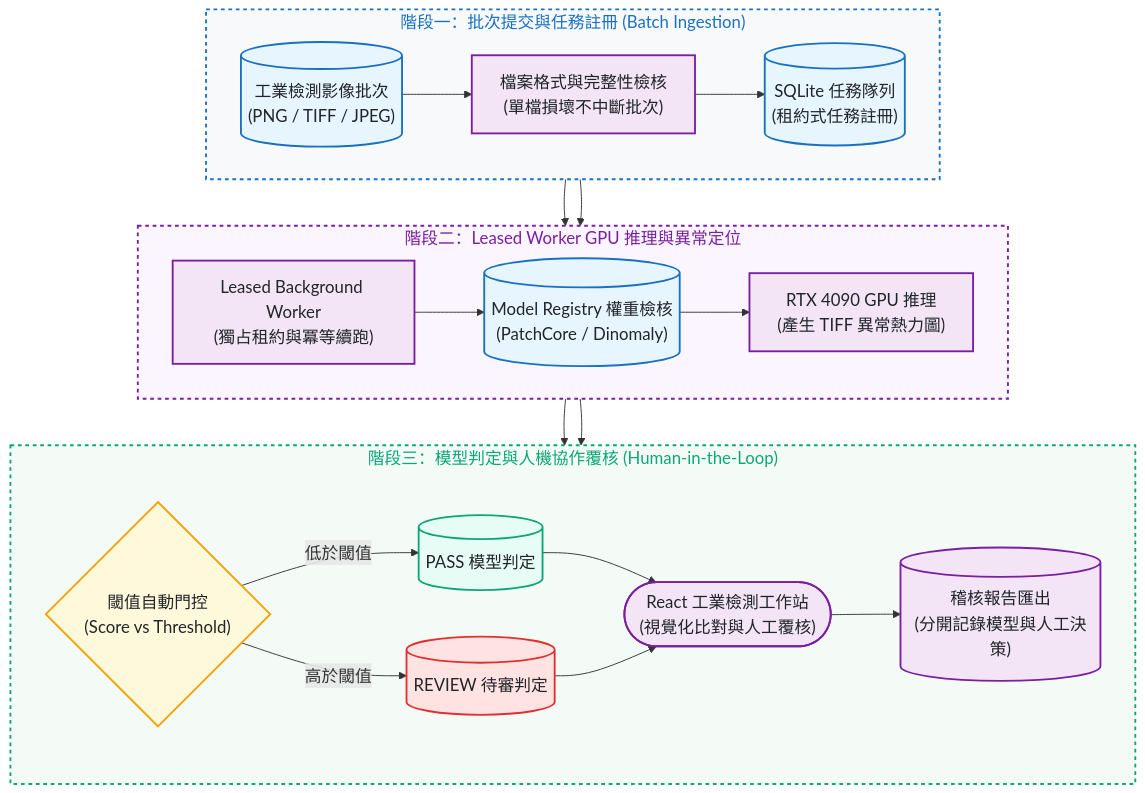
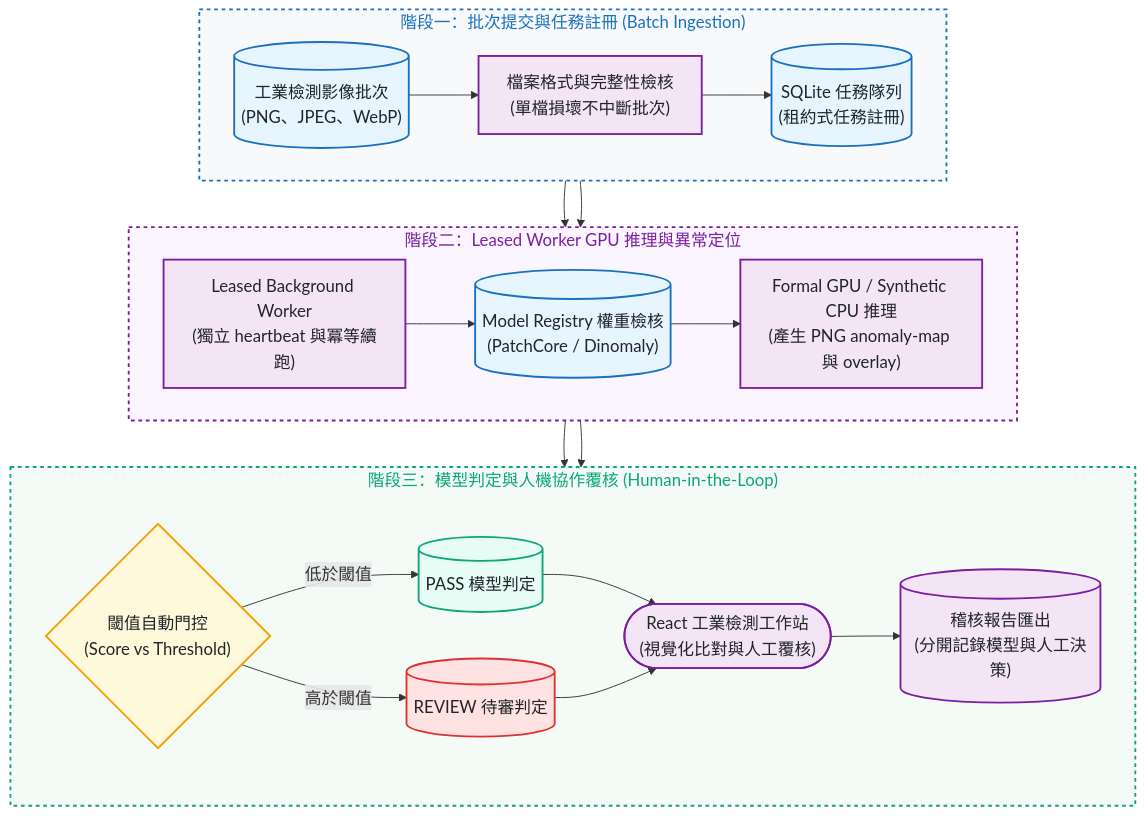
The diagram in README.md (kuotunyu/mvtec-ad2-inspection-platform), drawn with Mermaid before and after one commit. The commit also changed other lines of this file and 67 other files, not shown here.

````diff
--- a/README.md
+++ b/README.md
@@ -54,39 +56,39 @@
 ```mermaid
 %%{init: {'themeVariables': {'fontSize': '18px'}}}%%
 flowchart TD
     subgraph InStage ["階段一：批次提交與任務註冊 (Batch Ingestion)"]
         direction LR
-        Batch[("工業檢測影像批次<br/>(PNG / TIFF / JPEG)")] --> Validate["檔案格式與完整性檢核<br/>(單檔損壞不中斷批次)"] --> Task[("SQLite 任務隊列<br/>(租約式任務註冊)")]
+        Batch[("工業檢測影像批次<br/>(PNG、JPEG、WebP)")] --> Validate["檔案格式與完整性檢核<br/>(單檔損壞不中斷批次)"] --> Task[("SQLite 任務隊列<br/>(租約式任務註冊)")]
     end
 
     subgraph WorkerStage ["階段二：Leased Worker GPU 推理與異常定位"]
         direction LR
-        Task --> Worker["Leased Background Worker<br/>(獨占租約與冪等續跑)"] --> Reg[("Model Registry 權重檢核<br/>(PatchCore / Dinomaly)")] --> GPU["RTX 4090 GPU 推理<br/>(產生 TIFF 異常熱力圖)"]
+        Task --> Worker["Leased Background Worker<br/>(獨立 heartbeat 與冪等續跑)"] --> Reg[("Model Registry 權重檢核<br/>(PatchCore / Dinomaly)")] --> GPU["Formal GPU / Synthetic CPU 推理<br/>(產生 PNG anomaly-map 與 overlay)"]
     end
 
     subgraph ReviewStage ["階段三：模型判定與人機協作覆核 (Human-in-the-Loop)"]
         direction LR
         GPU --> Gate{"閾值自動門控<br/>(Score vs Threshold)"}
         Gate -->|"低於閾值"| Pass[("PASS 模型判定")]
         Gate -->|"高於閾值"| Review[("REVIEW 待審判定")]
         Pass & Review --> UI(["React 工業檢測工作站<br/>(視覺化比對與人工覆核)"]) --> Report[("稽核報告匯出<br/>(分開記錄模型與人工決策)")]
     end
 
     InStage --> WorkerStage --> ReviewStage
 
     classDef srcStyle fill:#e7f5ff,stroke:#1971c2,stroke-width:2px,color:#212529
     classDef procStyle fill:#f3e5f5,stroke:#7b1fa2,stroke-width:2px,color:#212529
     classDef condStyle fill:#fff9db,stroke:#f59f00,stroke-width:2px,color:#212529
     classDef safeStyle fill:#e6fcf5,stroke:#0ca678,stroke-width:2px,color:#212529
     classDef revStyle fill:#ffe3e3,stroke:#e03131,stroke-width:2px,color:#212529
 
     class Batch,Task,Reg srcStyle
     class Validate,Worker,GPU,UI,Report procStyle
     class Gate condStyle
     class Pass safeStyle
     class Review revStyle
 
     style InStage fill:#f8f9fa,stroke:#1971c2,stroke-width:2px,color:#1971c2,stroke-dasharray: 4 4
     style WorkerStage fill:#faf5ff,stroke:#7b1fa2,stroke-width:2px,color:#7b1fa2,stroke-dasharray: 4 4
     style ReviewStage fill:#f4fbf7,stroke:#0ca678,stroke-width:2px,color:#0ca678,stroke-dasharray: 4 4
 ```
````
